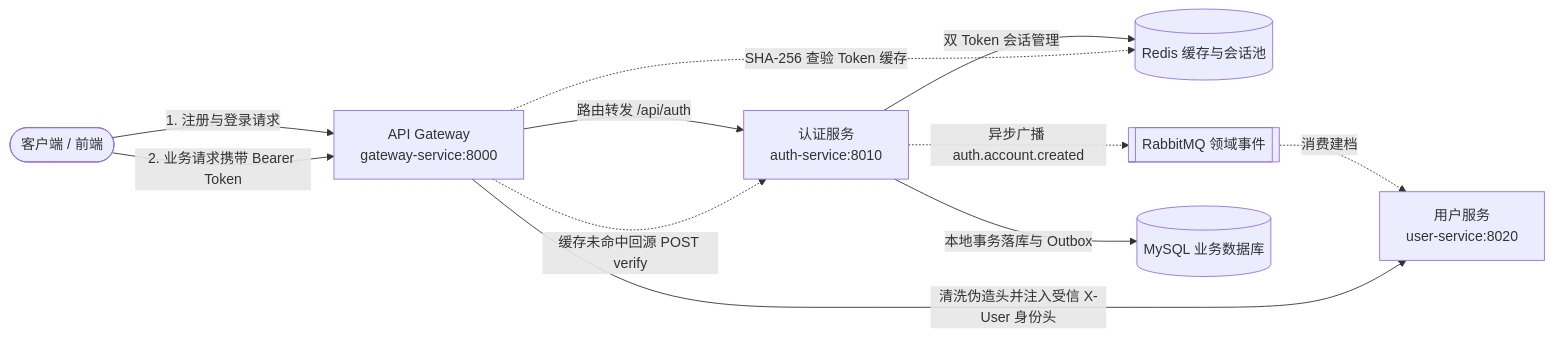
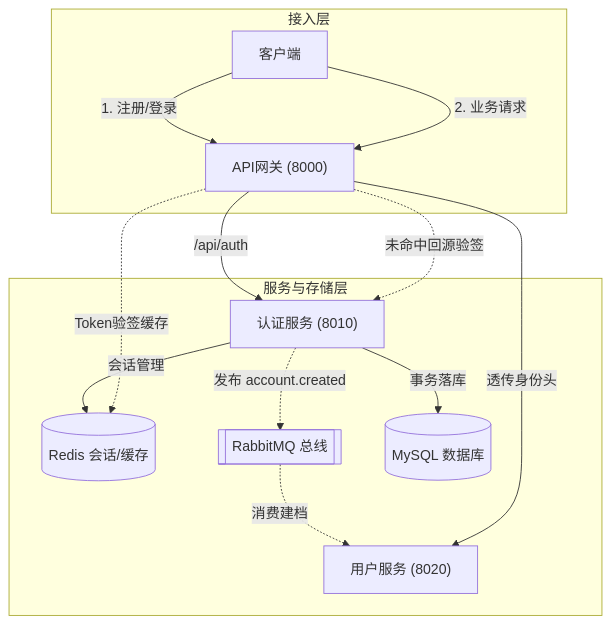
The first of 2 diagrams in docs/flows/01-auth-and-identity-flow.md (fank-c/media-platform-rebuild), drawn with Mermaid before and after one commit. The commit also changed other lines of this file and 15 other files, not shown here.

First line of the commit message:
docs: 重构全站技术文档体系并优化Typora/Obsidian图表兼容与主线命名

````diff
--- a/docs/flows/01-auth-and-identity-flow.md
+++ b/docs/flows/01-auth-and-identity-flow.md
@@ -11,22 +11,29 @@
 ```mermaid
-flowchart LR
-    Client(["客户端 / 前端"])
-    GW["API Gateway<br/>gateway-service:8000"]
-    Auth["认证服务<br/>auth-service:8010"]
-    User["用户服务<br/>user-service:8020"]
-    Redis[("Redis 缓存与会话池")]
-    MQ[["RabbitMQ 领域事件"]]
-    MySQL[("MySQL 业务数据库")]
+graph TD
+    subgraph ClientAndGateway ["接入层"]
+        Client["客户端"]
+        GW["API网关 (8000)"]
+    end
 
-    Client -->|1. 注册与登录请求| GW
-    GW -->|路由转发 /api/auth| Auth
-    Auth -->|本地事务落库与 Outbox| MySQL
-    Auth -.->|异步广播 auth.account.created| MQ
+    subgraph ServiceMesh ["服务与存储层"]
+        Auth["认证服务 (8010)"]
+        User["用户服务 (8020)"]
+        Redis[("Redis 会话/缓存")]
+        MQ[["RabbitMQ 总线"]]
+        MySQL[("MySQL 数据库")]
+    end
+
+    %% 注册登录链路
+    Client -->|1. 注册/登录| GW
+    GW -->|/api/auth| Auth
+    Auth -->|事务落库| MySQL
+    Auth -.->|发布 account.created| MQ
     MQ -.->|消费建档| User
-    Auth -->|双 Token 会话管理| Redis
-    
-    Client -->|2. 业务请求携带 Bearer Token| GW
-    GW -.->|SHA-256 查验 Token 缓存| Redis
-    GW -.->|缓存未命中回源 POST verify| Auth
-    GW -->|清洗伪造头并注入受信 X-User 身份头| User
+    Auth -->|会话管理| Redis
+
+    %% 业务请求链路
+    Client -->|2. 业务请求| GW
+    GW -.->|Token验签缓存| Redis
+    GW -.->|未命中回源验签| Auth
+    GW -->|透传身份头| User
 ```
````
